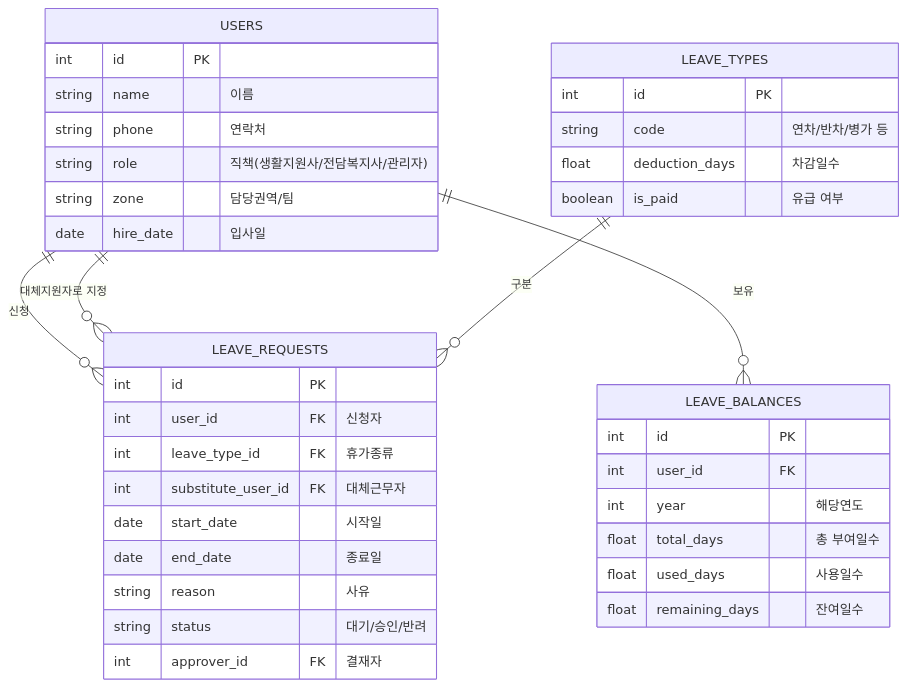
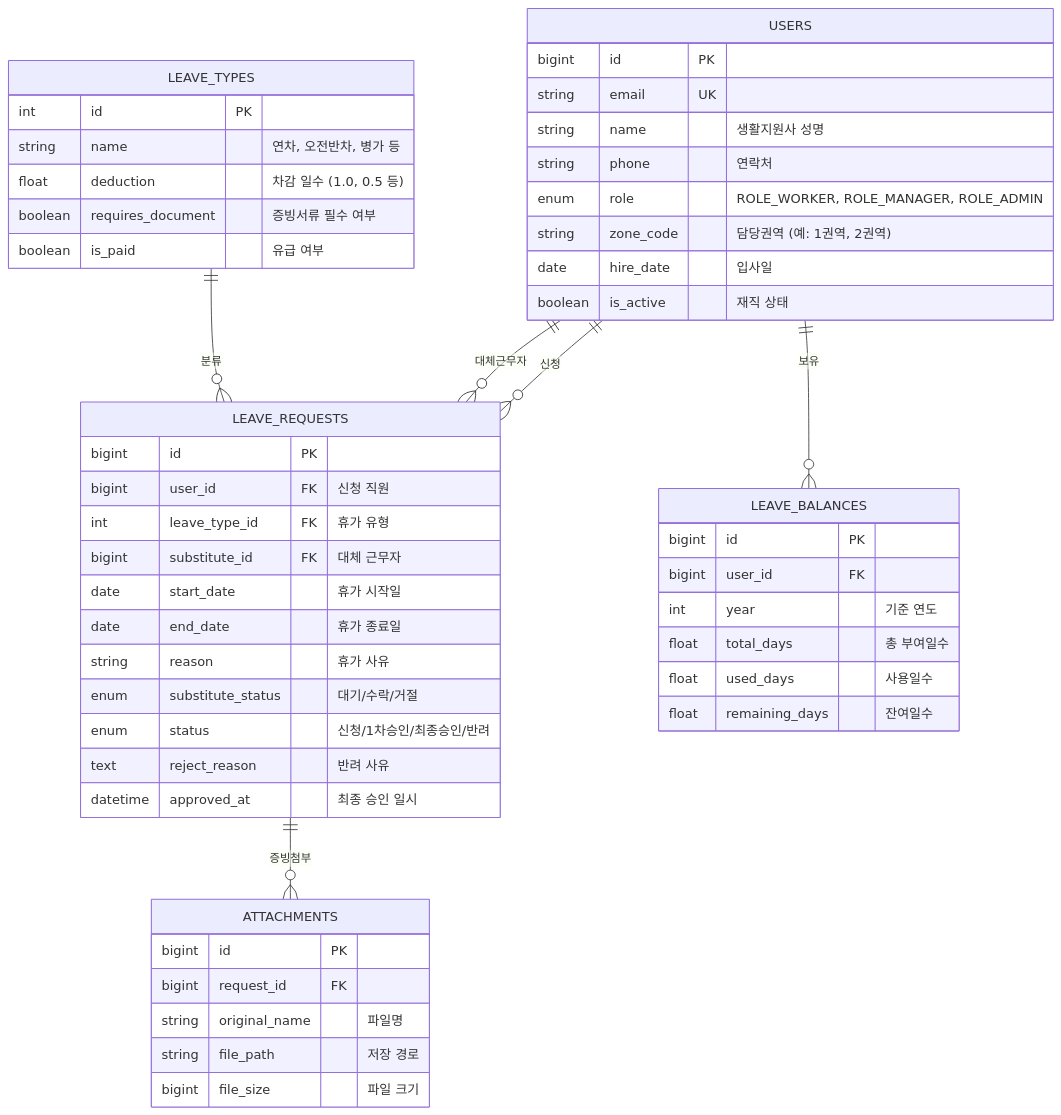
One commit to jinenji5123/-davemimi changed the third of 3 diagrams in README.md. Above: the diagram before and after it, drawn with Mermaid. The commit also changed other lines of this file, not shown here.

Commit message:
docs: 생활지원사 휴가관리 시스템 README 상세화 (결재 흐름도, 휴가 정책, API 명세 추가)

````diff
--- a/README.md
+++ b/README.md
@@ -97,44 +148,58 @@
 ```mermaid
 erDiagram
     USERS ||--o{ LEAVE_REQUESTS : "신청"
     USERS ||--o{ LEAVE_BALANCES : "보유"
-    USERS ||--o{ LEAVE_REQUESTS : "대체지원자로 지정"
-    LEAVE_TYPES ||--o{ LEAVE_REQUESTS : "구분"
+    USERS ||--o{ LEAVE_REQUESTS : "대체근무자"
+    LEAVE_TYPES ||--o{ LEAVE_REQUESTS : "분류"
+    LEAVE_REQUESTS ||--o{ ATTACHMENTS : "증빙첨부"
 
     USERS {
-        int id PK
-        string name "이름"
+        bigint id PK
+        string email UK
+        string name "생활지원사 성명"
         string phone "연락처"
-        string role "직책(생활지원사/전담복지사/관리자)"
-        string zone "담당권역/팀"
+        enum role "ROLE_WORKER, ROLE_MANAGER, ROLE_ADMIN"
+        string zone_code "담당권역 (예: 1권역, 2권역)"
         date hire_date "입사일"
+        boolean is_active "재직 상태"
     }
 
     LEAVE_TYPES {
         int id PK
-        string code "연차/반차/병가 등"
-        float deduction_days "차감일수"
+        string name "연차, 오전반차, 병가 등"
+        float deduction "차감 일수 (1.0, 0.5 등)"
+        boolean requires_document "증빙서류 필수 여부"
         boolean is_paid "유급 여부"
     }
 
     LEAVE_REQUESTS {
-        int id PK
-        int user_id FK "신청자"
-        int leave_type_id FK "휴가종류"
-        int substitute_user_id FK "대체근무자"
-        date start_date "시작일"
-        date end_date "종료일"
-        string reason "사유"
-        string status "대기/승인/반려"
-        int approver_id FK "결재자"
+        bigint id PK
+        bigint user_id FK "신청 직원"
+        int leave_type_id FK "휴가 유형"
+        bigint substitute_id FK "대체 근무자"
+        date start_date "휴가 시작일"
+        date end_date "휴가 종료일"
+        string reason "휴가 사유"
+        enum substitute_status "대기/수락/거절"
+        enum status "신청/1차승인/최종승인/반려"
+        text reject_reason "반려 사유"
+        datetime approved_at "최종 승인 일시"
     }
 
     LEAVE_BALANCES {
-        int id PK
-        int user_id FK
-        int year "해당연도"
+        bigint id PK
+        bigint user_id FK
+        int year "기준 연도"
         float total_days "총 부여일수"
         float used_days "사용일수"
         float remaining_days "잔여일수"
     }
+
+    ATTACHMENTS {
+        bigint id PK
+        bigint request_id FK
+        string original_name "파일명"
+        string file_path "저장 경로"
+        bigint file_size "파일 크기"
+    }
 ```
````
